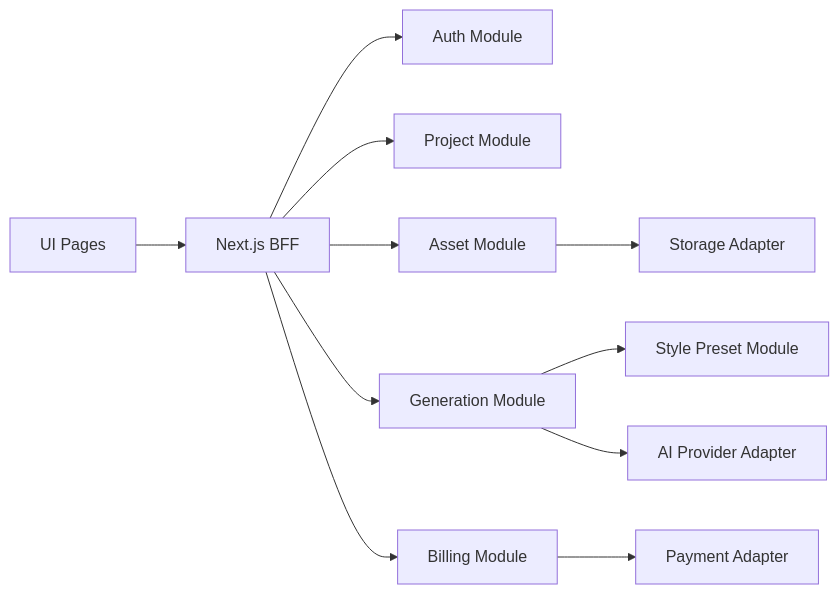
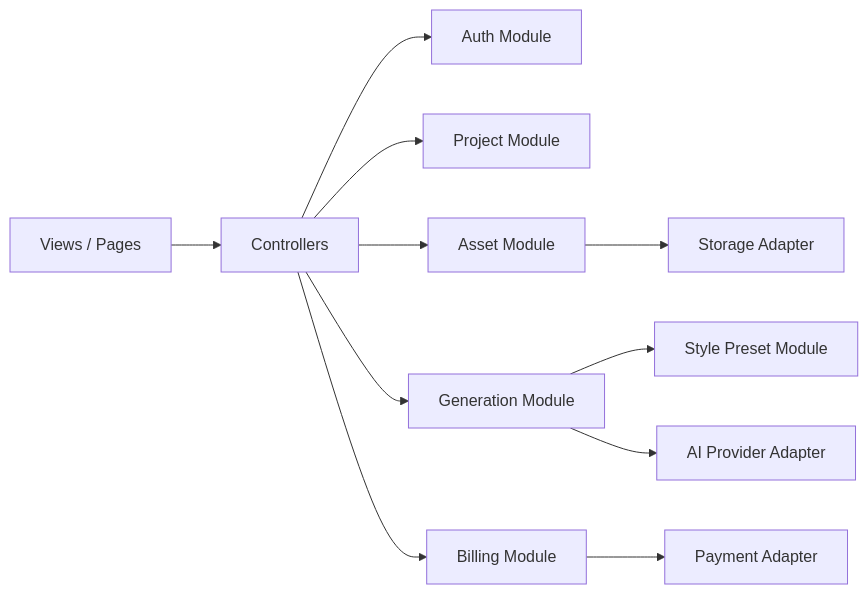
The second of 4 diagrams in docs/ai-interior-saas/DESIGN_ai-interior-saas.md (mrfongorg/fit-renov), drawn with Mermaid before and after one commit. The commit also changed other lines of this file and 3 other files, not shown here.

````diff
--- a/docs/ai-interior-saas/DESIGN_ai-interior-saas.md
+++ b/docs/ai-interior-saas/DESIGN_ai-interior-saas.md
@@ -67,13 +67,13 @@
 ```mermaid
 flowchart LR
-    UI[UI Pages] --> BFF[Next.js BFF]
-    BFF --> AUTH[Auth Module]
-    BFF --> PROJECT[Project Module]
-    BFF --> ASSET[Asset Module]
-    BFF --> GEN[Generation Module]
-    BFF --> BILLING[Billing Module]
+    UI[Views / Pages] --> APP[Controllers]
+    APP --> AUTH[Auth Module]
+    APP --> PROJECT[Project Module]
+    APP --> ASSET[Asset Module]
+    APP --> GEN[Generation Module]
+    APP --> BILLING[Billing Module]
     GEN --> STYLE[Style Preset Module]
     GEN --> PROVIDER[AI Provider Adapter]
     ASSET --> STORAGE[Storage Adapter]
     BILLING --> PAYMENT[Payment Adapter]
 ```
````
